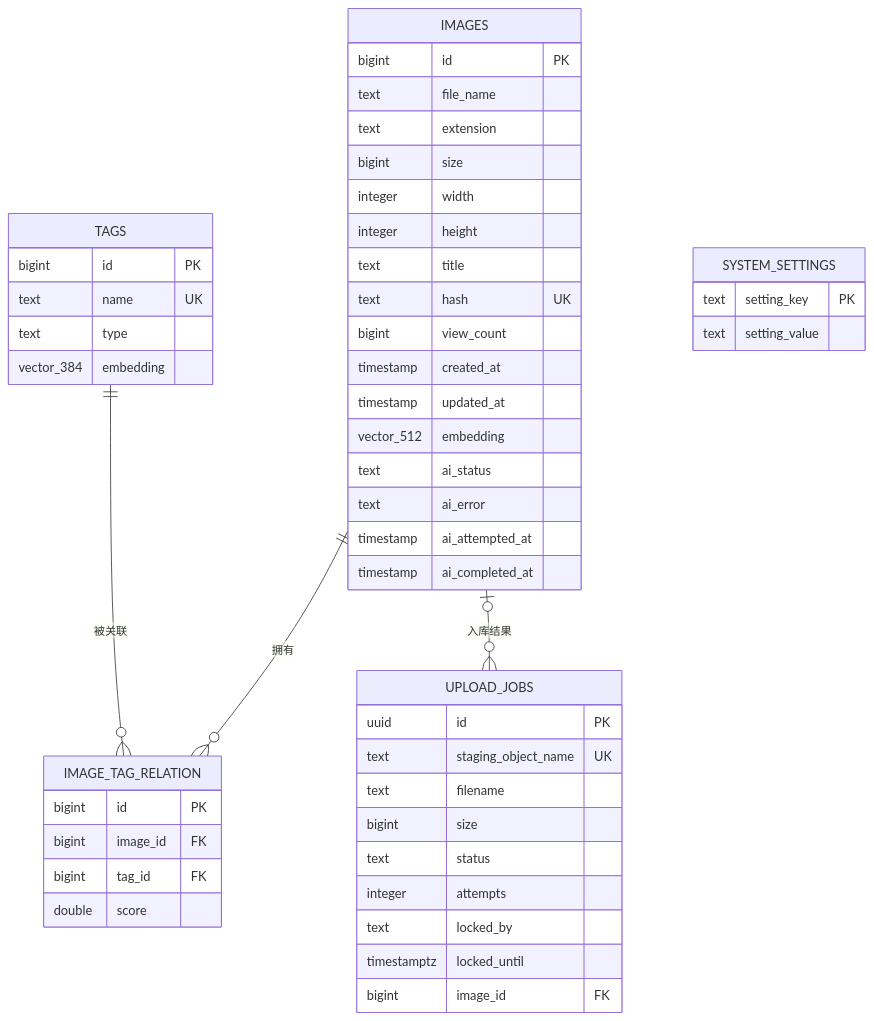
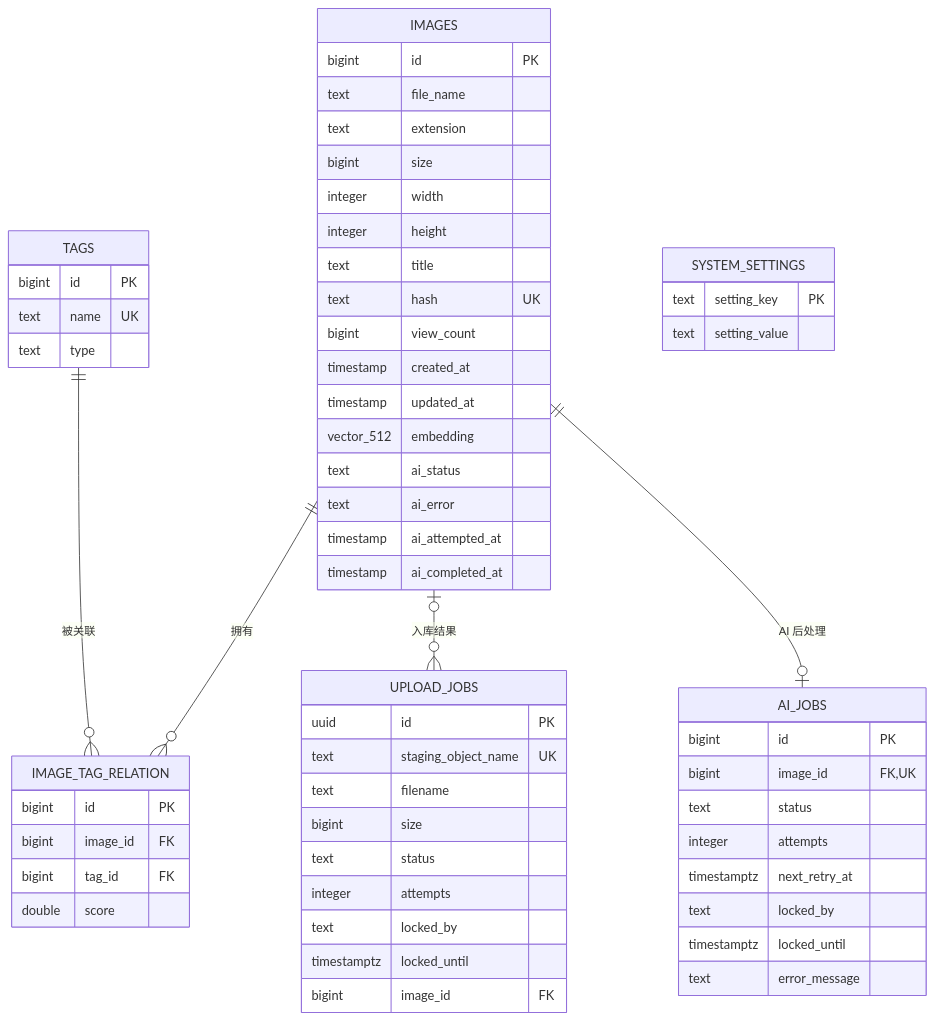
The first of 3 diagrams in docs/data-model.md (tamakara/bakabooru), drawn with Mermaid before and after one commit. The commit also changed other lines of this file and 73 other files, not shown here.

````diff
--- a/docs/data-model.md
+++ b/docs/data-model.md
@@ -7,57 +7,68 @@
 ```mermaid
 erDiagram
     IMAGES ||--o{ IMAGE_TAG_RELATION : "拥有"
     TAGS ||--o{ IMAGE_TAG_RELATION : "被关联"
 
     IMAGES {
         bigint id PK
         text file_name
         text extension
         bigint size
         integer width
         integer height
         text title
         text hash UK
         bigint view_count
         timestamp created_at
         timestamp updated_at
         vector_512 embedding
         text ai_status
         text ai_error
         timestamp ai_attempted_at
         timestamp ai_completed_at
     }
 
     TAGS {
         bigint id PK
         text name UK
         text type
-        vector_384 embedding
     }
 
     IMAGE_TAG_RELATION {
         bigint id PK
         bigint image_id FK
         bigint tag_id FK
         double score
     }
 
     SYSTEM_SETTINGS {
         text setting_key PK
         text setting_value
     }
 
     UPLOAD_JOBS {
         uuid id PK
         text staging_object_name UK
         text filename
         bigint size
         text status
         integer attempts
         text locked_by
         timestamptz locked_until
         bigint image_id FK
     }
 
     IMAGES o|--o{ UPLOAD_JOBS : "入库结果"
+    IMAGES ||--o| AI_JOBS : "AI 后处理"
+
+    AI_JOBS {
+        bigint id PK
+        bigint image_id FK,UK
+        text status
+        integer attempts
+        timestamptz next_retry_at
+        text locked_by
+        timestamptz locked_until
+        text error_message
+    }
 ```
````
